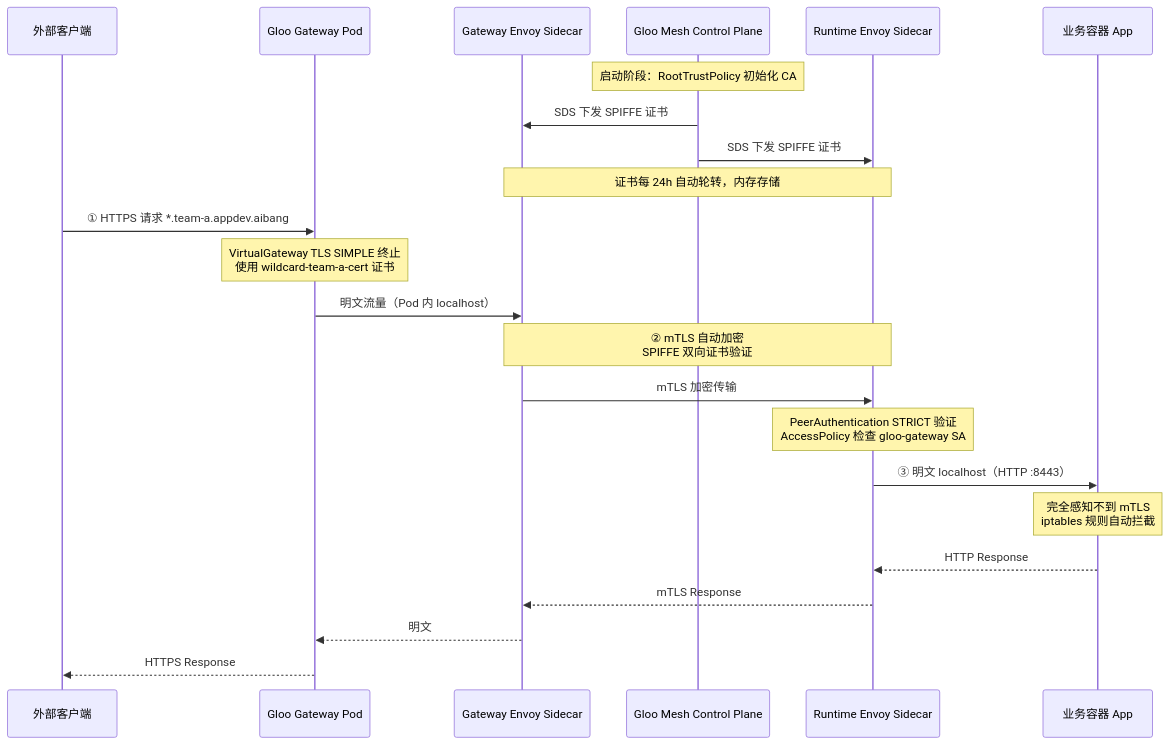
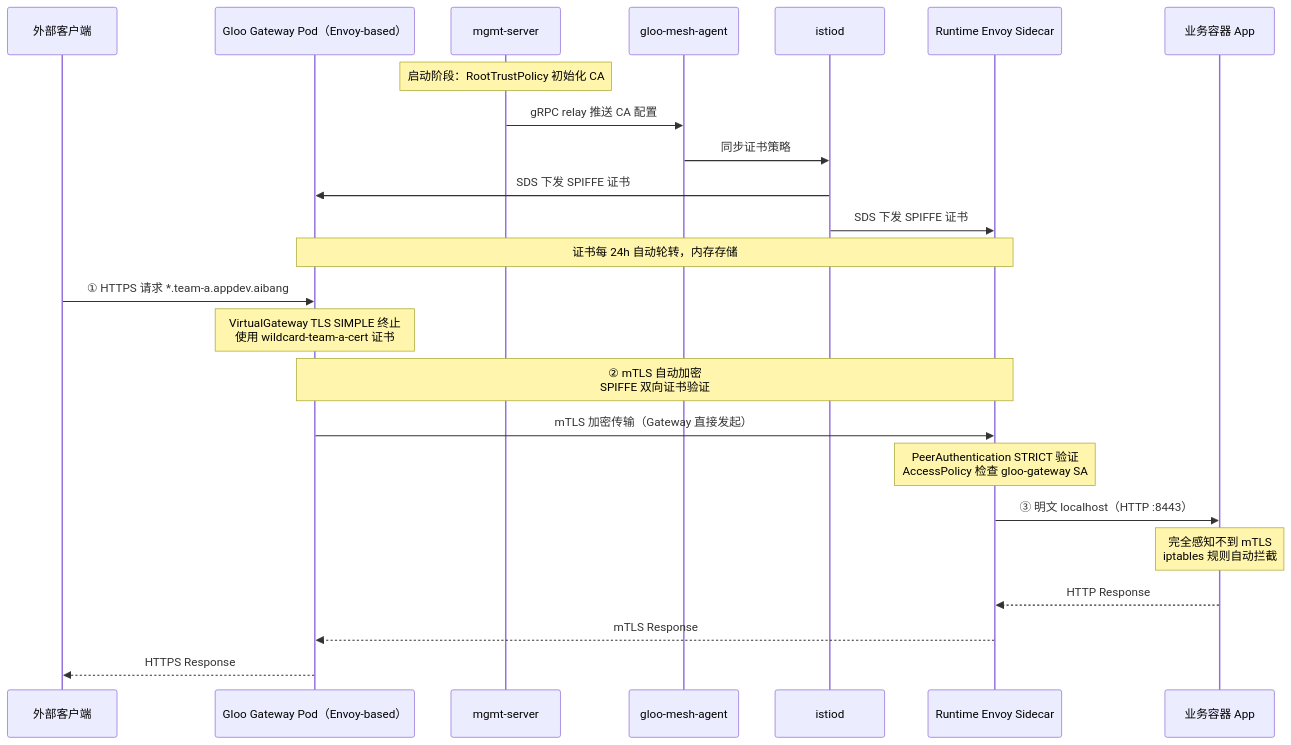
One commit to aibangjuxin/knowledge changed the fourth of 11 diagrams in gcp/asm/gloo/gloo-flow.md. Above: the diagram before and after it, drawn with Mermaid. The commit also changed other lines of this file and 2 other files, not shown here.

````diff
--- a/gcp/asm/gloo/gloo-flow.md
+++ b/gcp/asm/gloo/gloo-flow.md
@@ -255,30 +260,31 @@
 ```mermaid
 sequenceDiagram
     participant C as 外部客户端
-    participant GGW as Gloo Gateway Pod
-    participant GGW_SC as Gateway Envoy Sidecar
-    participant GMCP as Gloo Mesh Control Plane
+    participant GGW as Gloo Gateway Pod（Envoy-based）
+    participant MGMT as mgmt-server
+    participant AGENT as gloo-mesh-agent
+    participant ISTIOD as istiod
     participant RT_SC as Runtime Envoy Sidecar
     participant APP as 业务容器 App
 
-    Note over GMCP: 启动阶段：RootTrustPolicy 初始化 CA
-    GMCP->>GGW_SC: SDS 下发 SPIFFE 证书
-    GMCP->>RT_SC: SDS 下发 SPIFFE 证书
-    Note over GGW_SC,RT_SC: 证书每 24h 自动轮转，内存存储
+    Note over MGMT: 启动阶段：RootTrustPolicy 初始化 CA
+    MGMT->>AGENT: gRPC relay 推送 CA 配置
+    AGENT->>ISTIOD: 同步证书策略
+    ISTIOD->>GGW: SDS 下发 SPIFFE 证书
+    ISTIOD->>RT_SC: SDS 下发 SPIFFE 证书
+    Note over GGW,RT_SC: 证书每 24h 自动轮转，内存存储
 
     C->>GGW: ① HTTPS 请求 *.team-a.appdev.aibang
     Note over GGW: VirtualGateway TLS SIMPLE 终止<br/>使用 wildcard-team-a-cert 证书
-    GGW->>GGW_SC: 明文流量（Pod 内 localhost）
 
-    Note over GGW_SC,RT_SC: ② mTLS 自动加密<br/>SPIFFE 双向证书验证
-    GGW_SC->>RT_SC: mTLS 加密传输
+    Note over GGW,RT_SC: ② mTLS 自动加密<br/>SPIFFE 双向证书验证
+    GGW->>RT_SC: mTLS 加密传输（Gateway 直接发起）
 
     Note over RT_SC: PeerAuthentication STRICT 验证<br/>AccessPolicy 检查 gloo-gateway SA
     RT_SC->>APP: ③ 明文 localhost（HTTP :8443）
     Note over APP: 完全感知不到 mTLS<br/>iptables 规则自动拦截
 
     APP-->>RT_SC: HTTP Response
-    RT_SC-->>GGW_SC: mTLS Response
-    GGW_SC-->>GGW: 明文
+    RT_SC-->>GGW: mTLS Response
     GGW-->>C: HTTPS Response
 ```
````
